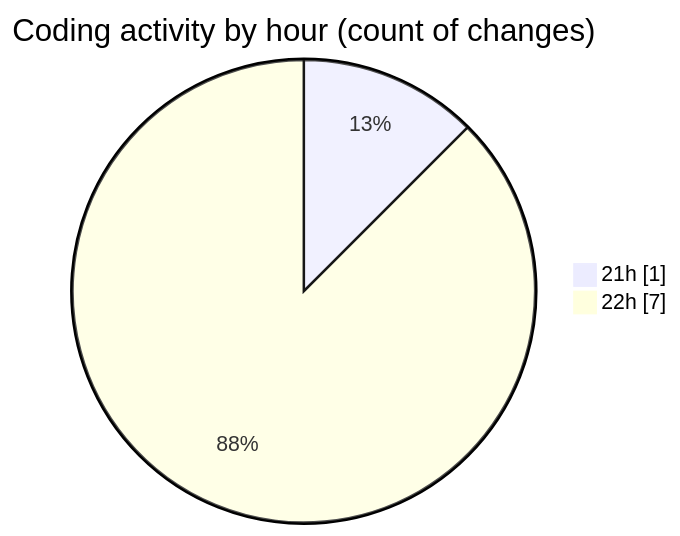
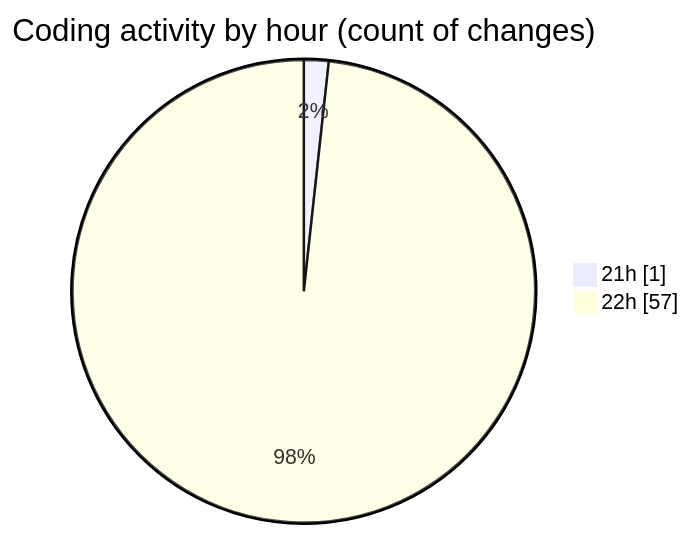
One commit to Unknowalive/code-tracking changed the second of 2 diagrams in 2026-04-07/t2s/README.md. Above: the diagram before and after it, drawn with Mermaid. The commit also changed other lines of this file and 1 other file, not shown here.

````diff
--- a/2026-04-07/t2s/README.md
+++ b/2026-04-07/t2s/README.md
@@ -36,6 +69,6 @@
 ```mermaid
 pie showData
 title Coding activity by hour (count of changes)
 "21h" : 1
-"22h" : 7
+"22h" : 57
 ```
````
